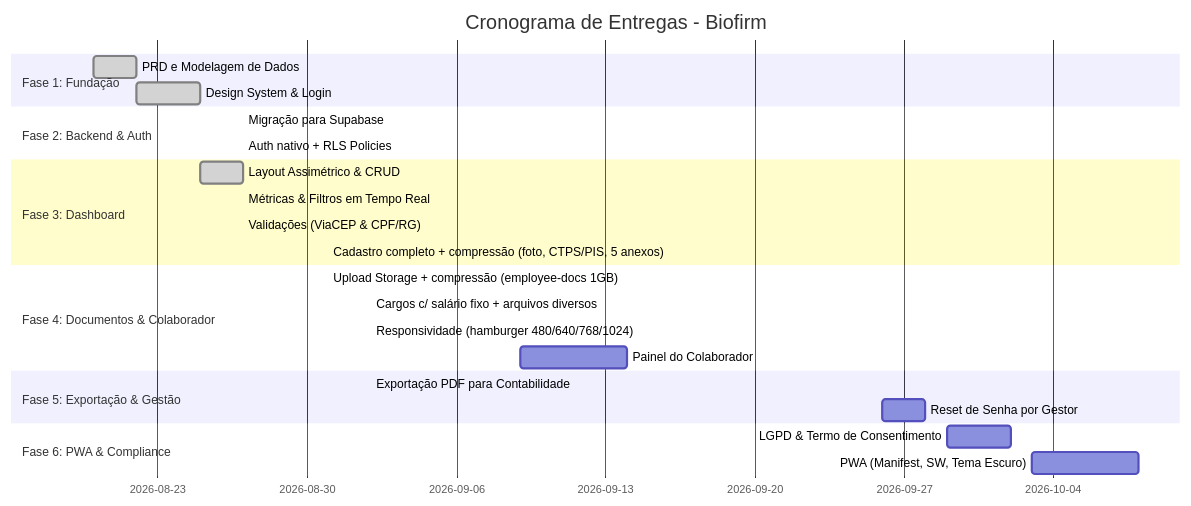
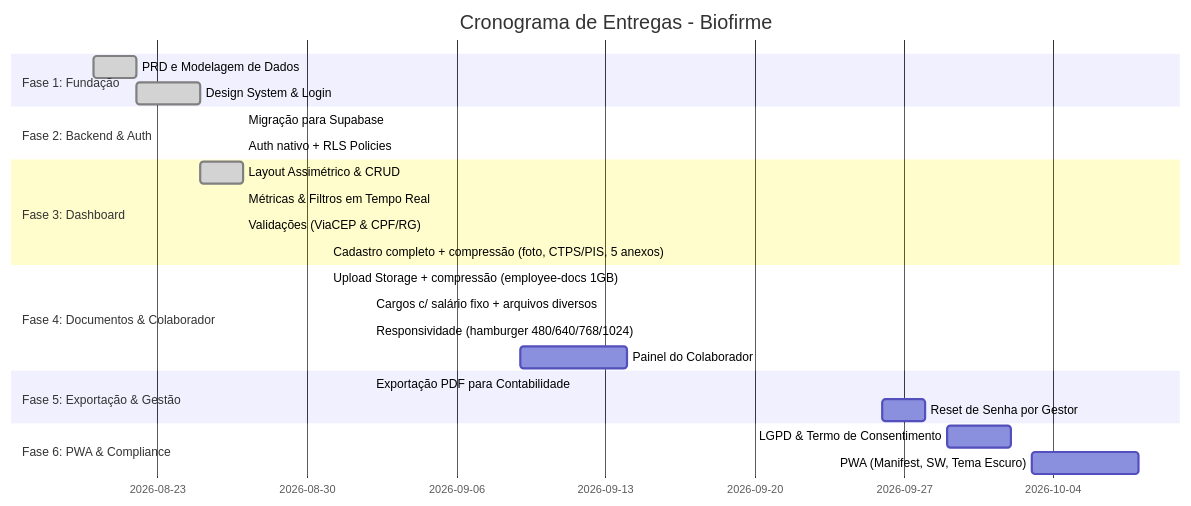
Before and after one commit to MarcusRolim1710/Biofirme-gestor: the diagram in ROADMAP.md, drawn with Mermaid. The commit also changed other lines of this file and 16 other files, not shown here.

````diff
--- a/ROADMAP.md
+++ b/ROADMAP.md
@@ -13,27 +13,27 @@
 ```mermaid
 gantt
-    title Cronograma de Entregas - Biofirm
+    title Cronograma de Entregas - Biofirme
     dateFormat  YYYY-MM-DD
     section Fase 1: Fundação
     PRD e Modelagem de Dados      :done, des1, 2026-08-20, 2026-08-22
     Design System & Login         :done, des2, 2026-08-22, 2026-08-25
     section Fase 2: Backend & Auth
     Migração para Supabase        :done, des2b, 2026-08-27, 2026-08-27
     Auth nativo + RLS Policies    :done, des2c, 2026-08-27, 2026-08-27
     section Fase 3: Dashboard
     Layout Assimétrico & CRUD     :done, des3, 2026-08-25, 2026-08-27
     Métricas & Filtros em Tempo Real :done, des4, 2026-08-27, 2026-08-27
     Validações (ViaCEP & CPF/RG)  :done, des5, 2026-08-27, 2026-08-27
     Cadastro completo + compressão (foto, CTPS/PIS, 5 anexos) :done, des5b, 2026-08-31, 2026-08-31
     section Fase 4: Documentos & Colaborador
     Upload Storage + compressão (employee-docs 1GB) :done, des6, 2026-08-31, 2026-08-31
     Cargos c/ salário fixo + arquivos diversos :done, des6b, 2026-09-02, 2026-09-02
     Responsividade (hamburger 480/640/768/1024) :done, des6c, 2026-09-02, 2026-09-02
     Painel do Colaborador         :des7, 2026-09-09, 2026-09-14
     section Fase 5: Exportação & Gestão
     Exportação PDF para Contabilidade :done, des8, 2026-09-02, 2026-09-02
     Reset de Senha por Gestor     :des10, 2026-09-26, 2026-09-28
     section Fase 6: PWA & Compliance
     LGPD & Termo de Consentimento :des11, 2026-09-29, 2026-10-02
     PWA (Manifest, SW, Tema Escuro):des12, 2026-10-03, 2026-10-08
 ```
````
